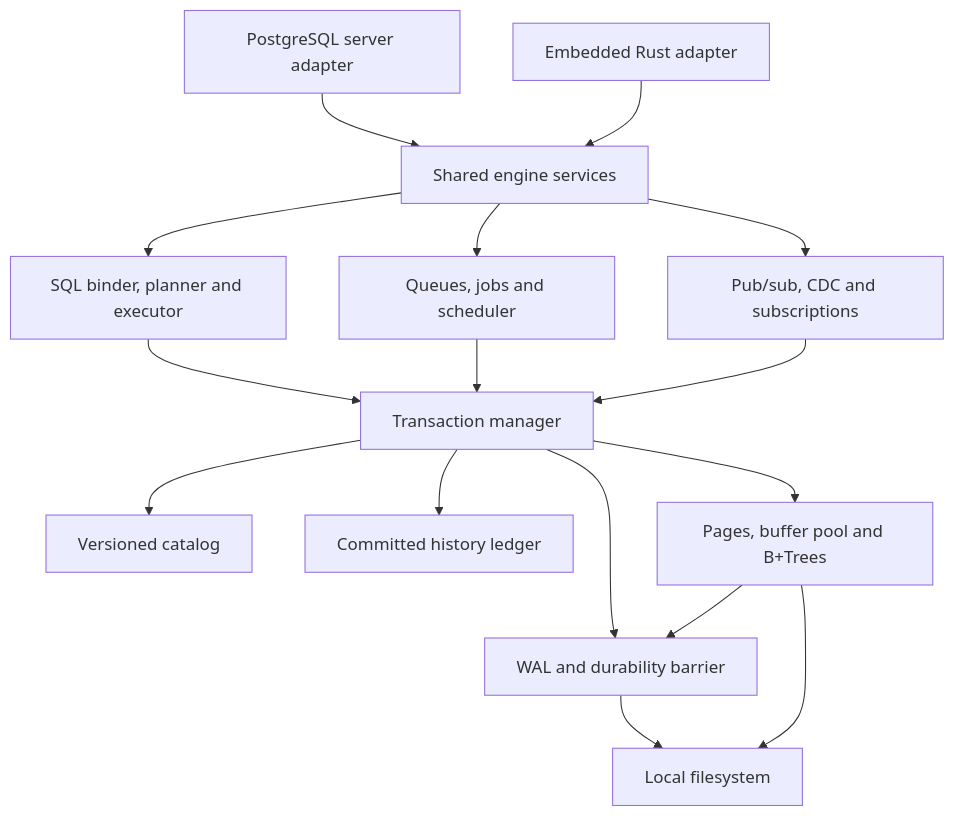
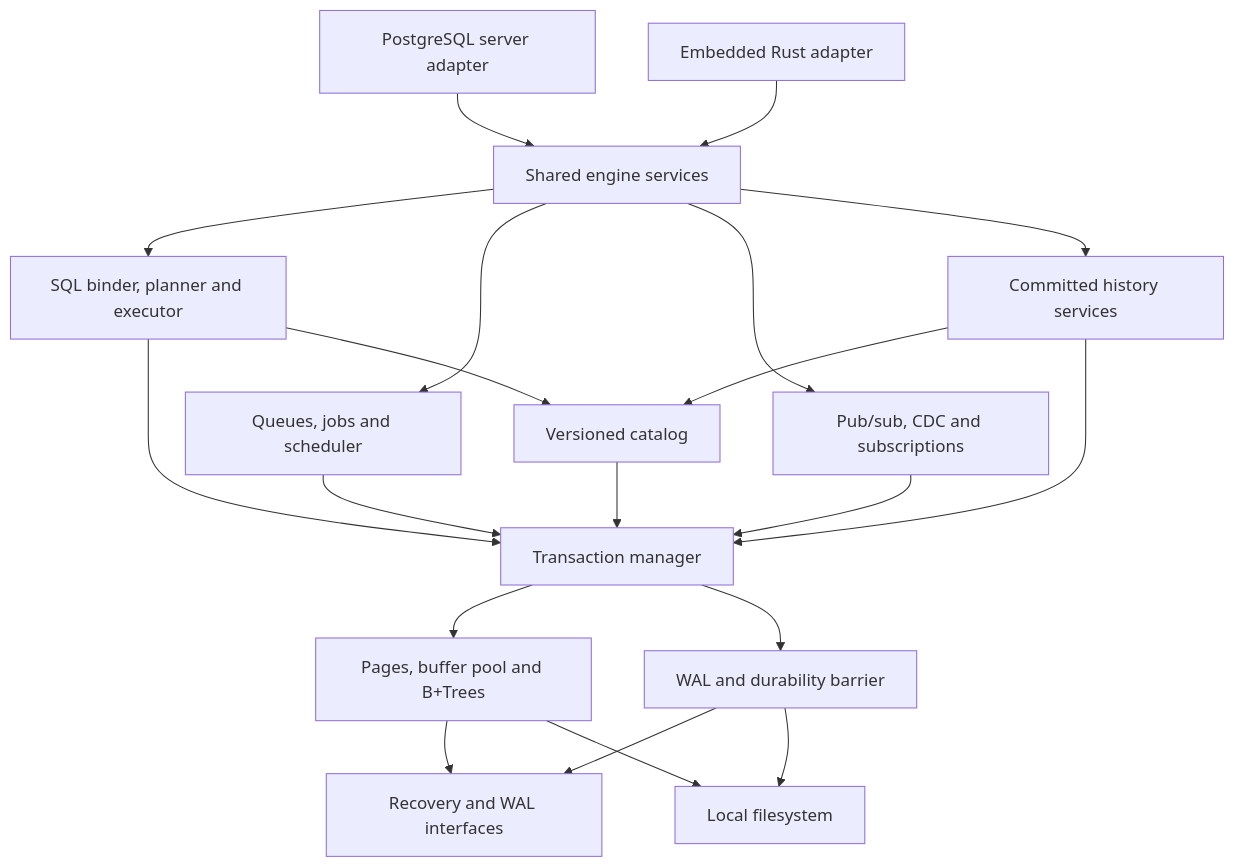
One commit to ulrichheringer/vetradb changed the diagram in docs/architecture.md. Above: the diagram before and after it, drawn with Mermaid. The commit also changed other lines of this file and 34 other files, not shown here.

````diff
--- a/docs/architecture.md
+++ b/docs/architecture.md
@@ -29,18 +32,22 @@
 ```mermaid
 flowchart TD
   Server[PostgreSQL server adapter] --> Engine[Shared engine services]
   Embedded[Embedded Rust adapter] --> Engine
   Engine --> SQL[SQL binder, planner and executor]
   Engine --> Work[Queues, jobs and scheduler]
   Engine --> Events[Pub/sub, CDC and subscriptions]
   SQL --> TX[Transaction manager]
   Work --> TX
   Events --> TX
-  TX --> Catalog[Versioned catalog]
-  TX --> History[Committed history ledger]
+  SQL --> Catalog[Versioned catalog]
+  Catalog --> TX
+  Engine --> History[Committed history services]
+  History --> Catalog
+  History --> TX
   TX --> Storage[Pages, buffer pool and B+Trees]
   TX --> WAL[WAL and durability barrier]
-  Storage --> WAL
+  Storage --> Interfaces[Recovery and WAL interfaces]
+  WAL --> Interfaces
   WAL --> IO[Local filesystem]
   Storage --> IO
 ```
````
